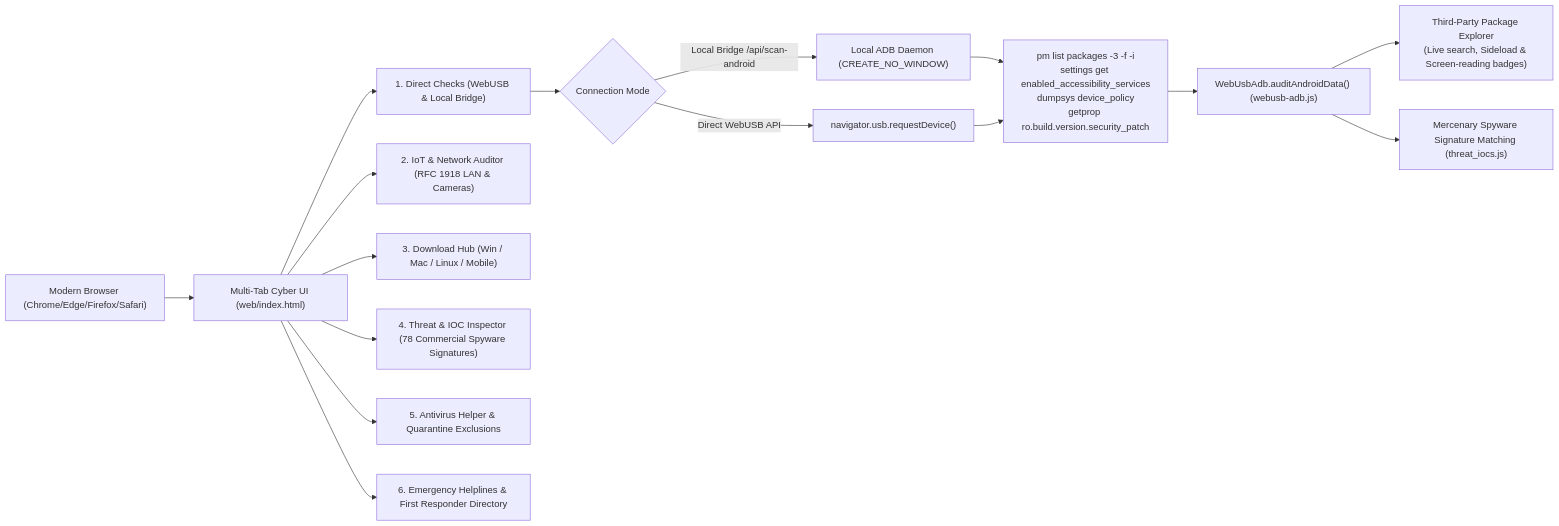
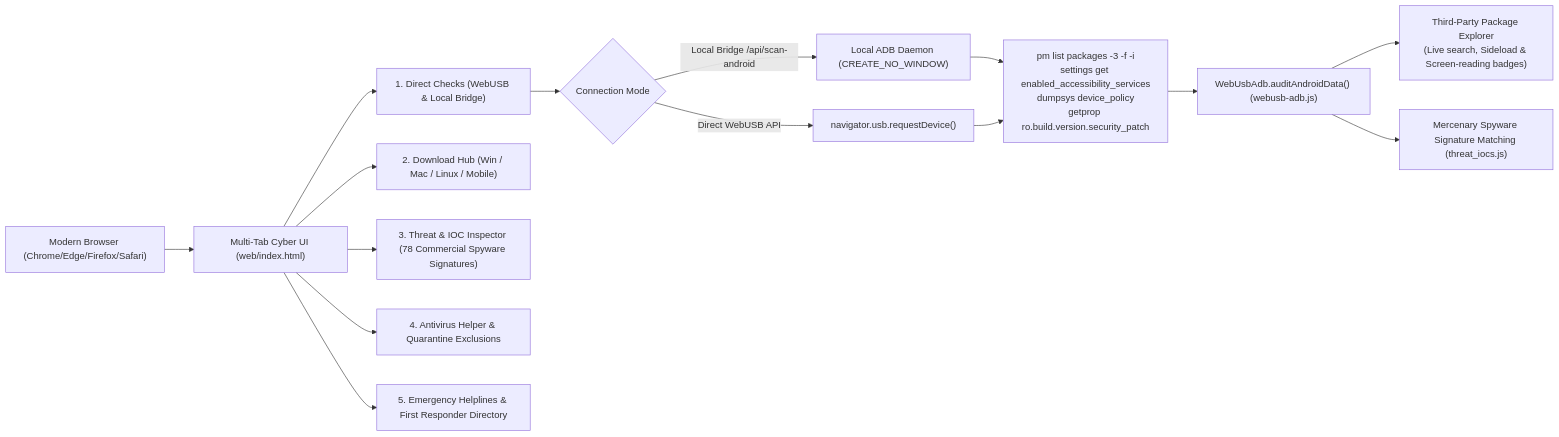
The third of 3 diagrams in project overview.md (manilreddy1/ShadowTrace), drawn with Mermaid before and after one commit. The commit also changed other lines of this file and 5 other files, not shown here.

````diff
--- a/project overview.md
+++ b/project overview.md
@@ -208,21 +212,20 @@
 ```mermaid
 flowchart LR
     Browser["Modern Browser (Chrome/Edge/Firefox/Safari)"] --> UI["Multi-Tab Cyber UI (web/index.html)"]
     UI --> Tab1["1. Direct Checks (WebUSB & Local Bridge)"]
-    UI --> Tab2["2. IoT & Network Auditor (RFC 1918 LAN & Cameras)"]
-    UI --> Tab3["3. Download Hub (Win / Mac / Linux / Mobile)"]
-    UI --> Tab4["4. Threat & IOC Inspector (78 Commercial Spyware Signatures)"]
-    UI --> Tab5["5. Antivirus Helper & Quarantine Exclusions"]
-    UI --> Tab6["6. Emergency Helplines & First Responder Directory"]
+    UI --> Tab2["2. Download Hub (Win / Mac / Linux / Mobile)"]
+    UI --> Tab3["3. Threat & IOC Inspector (78 Commercial Spyware Signatures)"]
+    UI --> Tab4["4. Antivirus Helper & Quarantine Exclusions"]
+    UI --> Tab5["5. Emergency Helplines & First Responder Directory"]
     
     Tab1 --> Bridge{"Connection Mode"}
     Bridge -->|Local Bridge /api/scan-android| ADB["Local ADB Daemon (CREATE_NO_WINDOW)"]
     Bridge -->|Direct WebUSB API| USB["navigator.usb.requestDevice()"]
     
     ADB --> Exec["pm list packages -3 -f -i\nsettings get enabled_accessibility_services\ndumpsys device_policy\ngetprop ro.build.version.security_patch"]
     USB --> Exec
     
     Exec --> Parser["WebUsbAdb.auditAndroidData() (webusb-adb.js)"]
     Parser --> PkgList["Third-Party Package Explorer\n(Live search, Sideload & Screen-reading badges)"]
     Parser --> Hits["Mercenary Spyware Signature Matching (threat_iocs.js)"]
 ```
````
